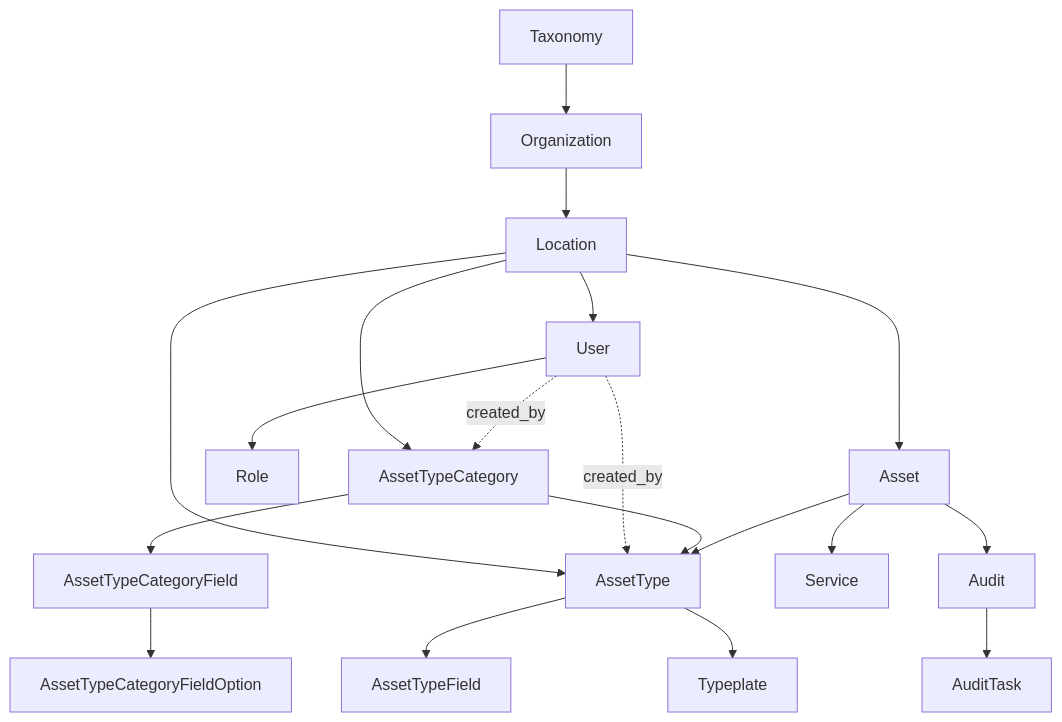
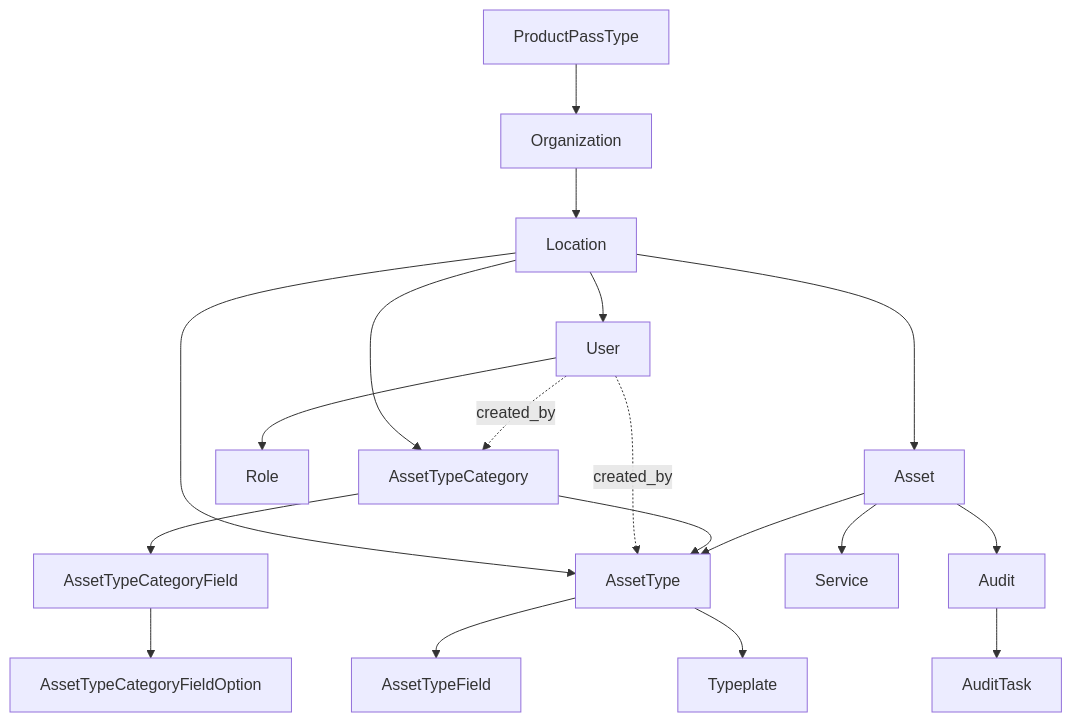
The first of 3 diagrams in docs/wiki/data-models.md (Tap2Cloud/backend-public), drawn with Mermaid before and after one commit. The commit also changed other lines of this file and 33 other files, not shown here.

Commit message:
update taxonomy text to asset pass types

````diff
--- a/docs/wiki/data-models.md
+++ b/docs/wiki/data-models.md
@@ -9,21 +9,21 @@
 ```mermaid
 graph TD
-  Taxonomy --> Organization
+  ProductPassType --> Organization
   Organization --> Location
   Location --> User
   Location --> Asset
   User --> Role
   Location --> AssetTypeCategory
   Location --> AssetType
   User -.->|created_by| AssetTypeCategory
   User -.->|created_by| AssetType
   AssetTypeCategory --> AssetTypeCategoryField
   AssetTypeCategoryField --> AssetTypeCategoryFieldOption
   AssetTypeCategory --> AssetType
   AssetType --> AssetTypeField
   AssetType --> Typeplate
   Asset --> AssetType
   Asset --> Service
   Asset --> Audit
   Audit --> AuditTask
 ```
````
